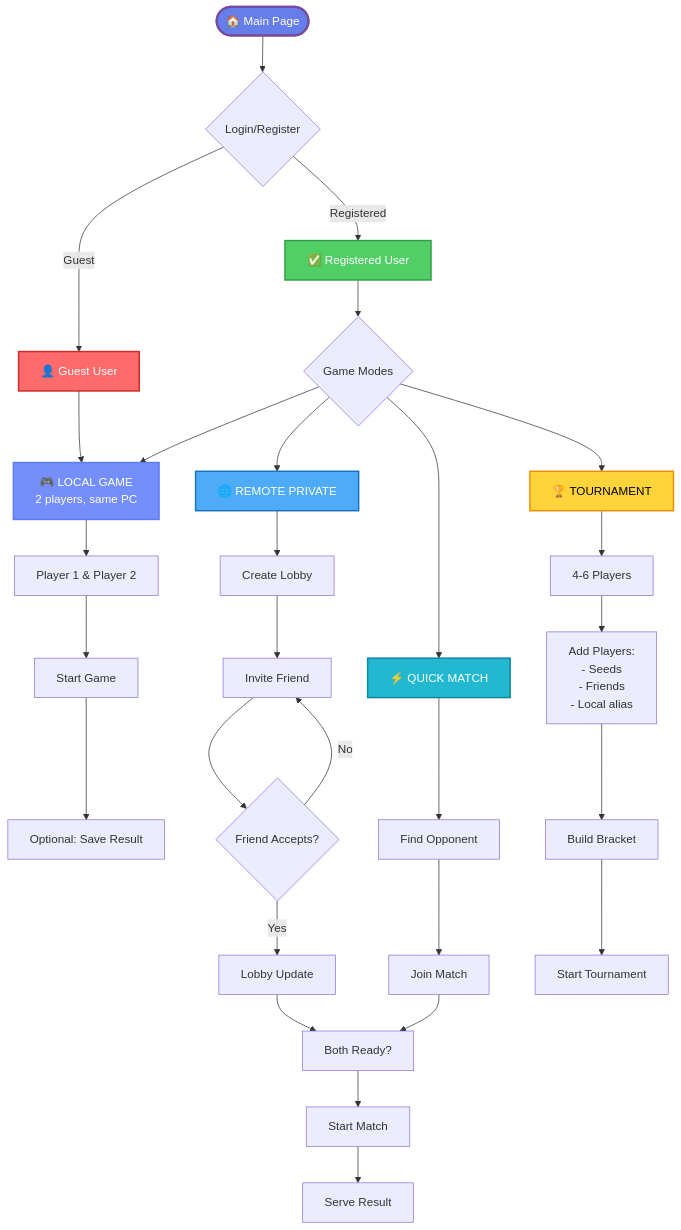
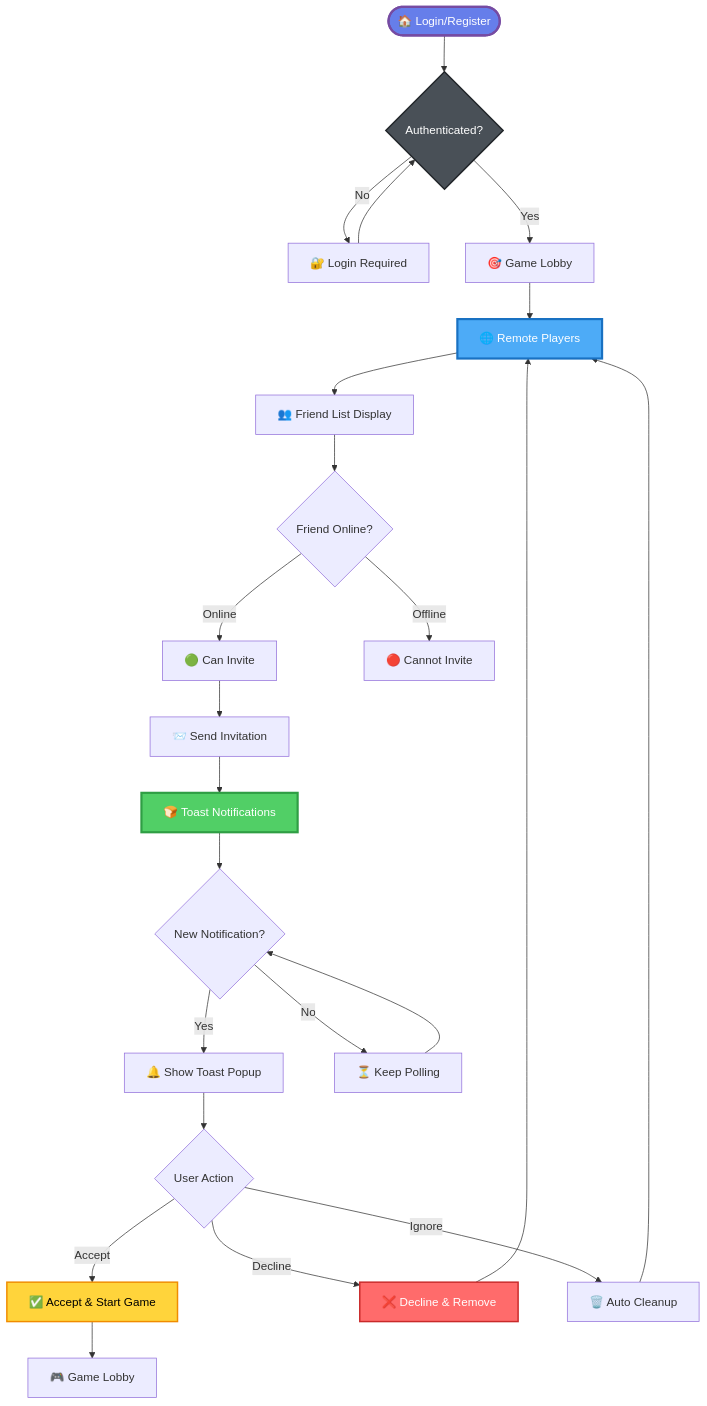
Before and after one commit to Zzzhenya/ft_transcnd: the second of 2 diagrams in transcendence/docs/remote-player.md, drawn with Mermaid. The commit also changed other lines of this file, not shown here.

First line of the commit message:
docs(remote-player): comprehensive update with current status and TODO list

````diff
--- a/transcendence/docs/remote-player.md
+++ b/transcendence/docs/remote-player.md
@@ -326,50 +361,40 @@
 ```mermaid
 flowchart TD
-    Start([🏠 Main Page]) --> Login{Login/Register}
+    Start([🏠 Login/Register]) --> Auth{Authenticated?}
     
-    Login -->|Guest| Guest[👤 Guest User]
-    Login -->|Registered| Registered[✅ Registered User]
+    Auth -->|No| Login[🔐 Login Required]
+    Auth -->|Yes| Lobby[🎯 Game Lobby]
     
-    Guest --> Local[🎮 LOCAL GAME<br/>2 players, same PC]
+    Login --> Auth
+    Lobby --> Remote[🌐 Remote Players]
     
-    Registered --> Modes{Game Modes}
+    Remote --> FriendList[👥 Friend List Display]
+    FriendList --> OnlineStatus{Friend Online?}
     
-    Modes --> Local
-    Modes --> Remote[🌐 REMOTE PRIVATE]
-    Modes --> Quick[⚡ QUICK MATCH]
-    Modes --> Tourney[🏆 TOURNAMENT]
+    OnlineStatus -->|Online| CanInvite[🟢 Can Invite]
+    OnlineStatus -->|Offline| NoInvite[🔴 Cannot Invite]
     
-    %% LOCAL
-    Local --> L1[Player 1 & Player 2]
-    L1 --> L2[Start Game]
-    L2 --> L3[Optional: Save Result]
+    CanInvite --> SendInvite[📨 Send Invitation]
+    SendInvite --> ToastSystem[🍞 Toast Notifications]
     
-    %% REMOTE PRIVATE
-    Remote --> R1[Create Lobby]
-    R1 --> R2[Invite Friend]
-    R2 --> R3{Friend Accepts?}
-    R3 -->|Yes| R4[Lobby Update]
-    R3 -->|No| R2
-    R4 --> R5[Both Ready?]
-    R5 --> R6[Start Match]
-    R6 --> R7[Serve Result]
+    ToastSystem --> NewNotif{New Notification?}
+    NewNotif -->|Yes| ShowToast[🔔 Show Toast Popup]
+    NewNotif -->|No| KeepPolling[⏳ Keep Polling]
     
-    %% QUICK MATCH
-    Quick --> Q1[Find Opponent]
-    Q1 --> Q2[Join Match]
-    Q2 --> R5
+    ShowToast --> UserAction{User Action}
+    UserAction -->|Accept| AcceptGame[✅ Accept & Start Game]
+    UserAction -->|Decline| DeclineGame[❌ Decline & Remove]
+    UserAction -->|Ignore| AutoCleanup[🗑️ Auto Cleanup]
     
-    %% TOURNAMENT
-    Tourney --> T1[4-6 Players]
-    T1 --> T2[Add Players:<br/>- Seeds<br/>- Friends<br/>- Local alias]
-    T2 --> T3[Build Bracket]
-    T3 --> T4[Start Tournament]
+    AcceptGame --> GameLobby[🎮 Game Lobby]
+    DeclineGame --> Remote
+    AutoCleanup --> Remote
+    KeepPolling --> NewNotif
     
     style Start fill:#667eea,stroke:#764ba2,stroke-width:3px,color:#fff
-    style Guest fill:#ff6b6b,stroke:#c92a2a,stroke-width:2px,color:#fff
-    style Registered fill:#51cf66,stroke:#2f9e44,stroke-width:2px,color:#fff
-    style Remote fill:#4dabf7,stroke:#1971c2,stroke-width:2px,color:#fff
-    style Quick fill:#22b8cf,stroke:#0c8599,stroke-width:2px,color:#fff
-    style Tourney fill:#ffd43b,stroke:#f08c00,stroke-width:2px,color:#000
-    style Local fill:#748ffc,stroke:#5c7cfa,stroke-width:2px,color:#fff
+    style Auth fill:#495057,stroke:#212529,stroke-width:2px,color:#fff
+    style Remote fill:#4dabf7,stroke:#1971c2,stroke-width:3px,color:#fff
+    style ToastSystem fill:#51cf66,stroke:#2f9e44,stroke-width:3px,color:#fff
+    style AcceptGame fill:#ffd43b,stroke:#f08c00,stroke-width:2px,color:#000
+    style DeclineGame fill:#ff6b6b,stroke:#c92a2a,stroke-width:2px,color:#fff
 ```
````
